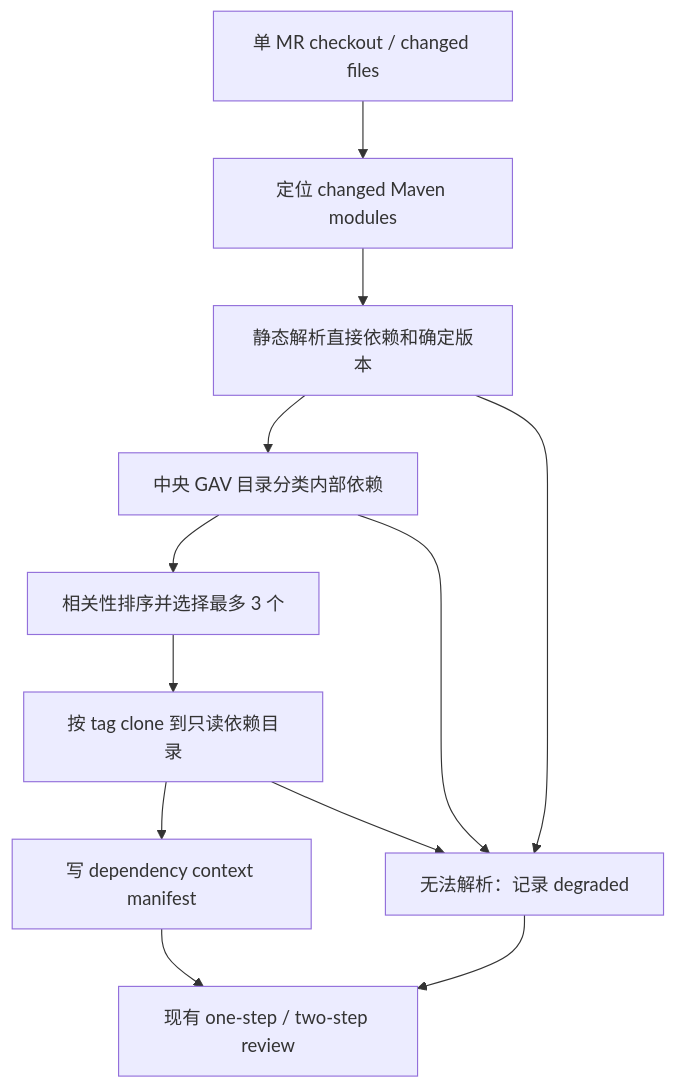
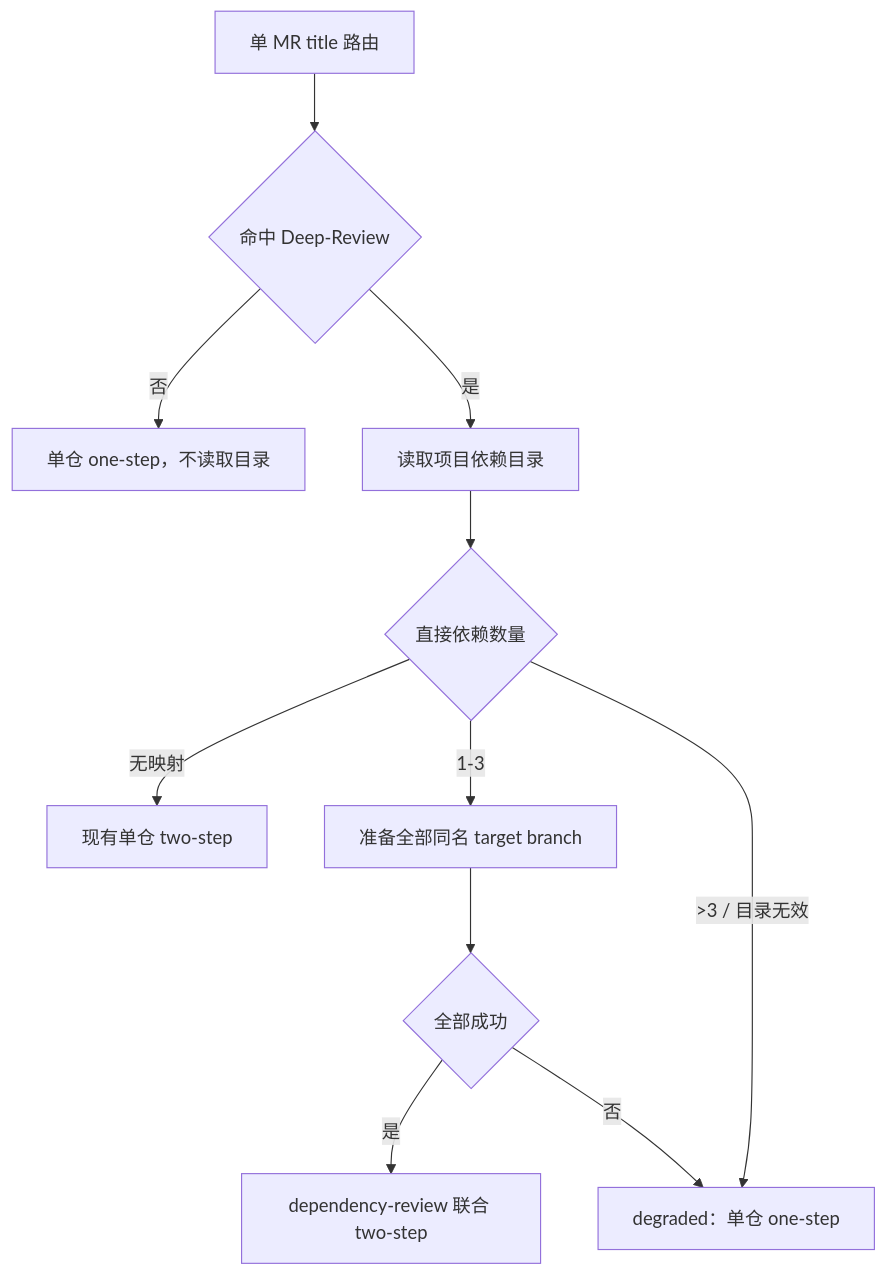
Before and after one commit to Faye-663/code-mr-reviewer: the second of 2 diagrams in docs/CROSS_REPO_REVIEW_IMPLEMENTATION_PLAN.md, drawn with Mermaid. The commit also changed other lines of this file and 3 other files, not shown here.

Commit message:
docs(dependency-review): lock repository mapping contract

````diff
--- a/docs/CROSS_REPO_REVIEW_IMPLEMENTATION_PLAN.md
+++ b/docs/CROSS_REPO_REVIEW_IMPLEMENTATION_PLAN.md
@@ -63,14 +63,13 @@
 ```mermaid
 flowchart TD
-    A["单 MR checkout / changed files"] --> B["定位 changed Maven modules"]
-    B --> C["静态解析直接依赖和确定版本"]
-    C --> D["中央 GAV 目录分类内部依赖"]
-    D --> E["相关性排序并选择最多 3 个"]
-    E --> F["按 tag clone 到只读依赖目录"]
-    F --> G["写 dependency context manifest"]
-    G --> H["现有 one-step / two-step review"]
-    C --> I["无法解析：记录 degraded"]
-    D --> I
-    F --> I
-    I --> H
+    A["单 MR title 路由"] --> B{"命中 Deep-Review"}
+    B -- "否" --> C["单仓 one-step，不读取目录"]
+    B -- "是" --> D["读取项目依赖目录"]
+    D --> E{"直接依赖数量"}
+    E -- "无映射" --> F["现有单仓 two-step"]
+    E -- "1-3" --> G["准备全部同名 target branch"]
+    E -- ">3 / 目录无效" --> H["degraded：单仓 one-step"]
+    G --> I{"全部成功"}
+    I -- "是" --> J["dependency-review 联合 two-step"]
+    I -- "否" --> H
 ```
````
